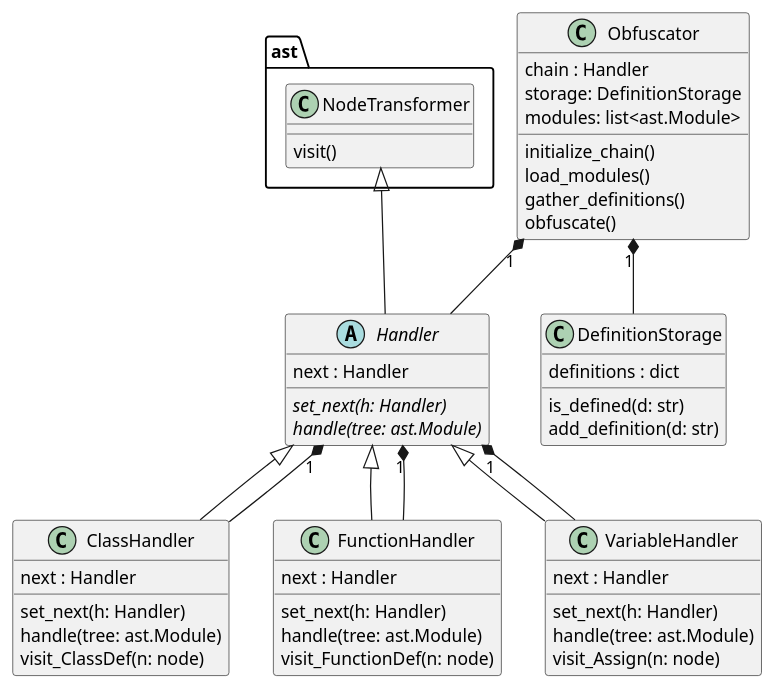
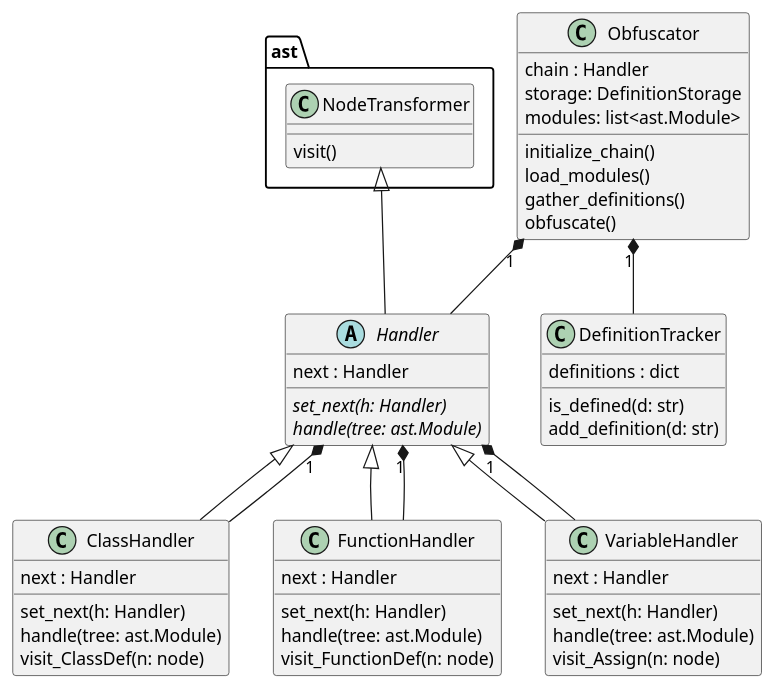
The diagram in plantuml/class_diagram.puml (DrewTChrist/obscurepy), drawn with PlantUML before and after one commit. The commit also changed 1 other file, not shown here.

Commit message:
Added definition tracker class

```diff
--- a/plantuml/class_diagram.puml
+++ b/plantuml/class_diagram.puml
@@ -1,57 +1,57 @@
 @startuml
 class ast.NodeTransformer {
     visit()
 }
 
 abstract class Handler {
     next : Handler
     {abstract} set_next(h: Handler)
     {abstract} handle(tree: ast.Module)
 }
 class ClassHandler {
     next : Handler
     set_next(h: Handler)
     handle(tree: ast.Module)
     visit_ClassDef(n: node)
 }
 
 class FunctionHandler {
     next : Handler
     set_next(h: Handler)
     handle(tree: ast.Module)
     visit_FunctionDef(n: node)
 }
 
 class VariableHandler{
     next : Handler
     set_next(h: Handler)
     handle(tree: ast.Module)
     visit_Assign(n: node)
 }
 
 class Obfuscator {
     chain : Handler
     storage: DefinitionStorage
     modules: list<ast.Module>
     initialize_chain()
     load_modules()
     gather_definitions()
     obfuscate()
 }
 
-class DefinitionStorage {
+class DefinitionTracker {
     definitions : dict
     is_defined(d: str)
     add_definition(d: str)
 }
 
 ast.NodeTransformer <|-- Handler
 Handler <|-- ClassHandler
 Handler "1" *-- ClassHandler
 Handler <|-- FunctionHandler
 Handler "1" *-- FunctionHandler
 Handler <|-- VariableHandler
 Handler "1" *-- VariableHandler
-Obfuscator "1" *-- DefinitionStorage
+Obfuscator "1" *-- DefinitionTracker
 Obfuscator "1" *-- Handler
 @enduml
```
